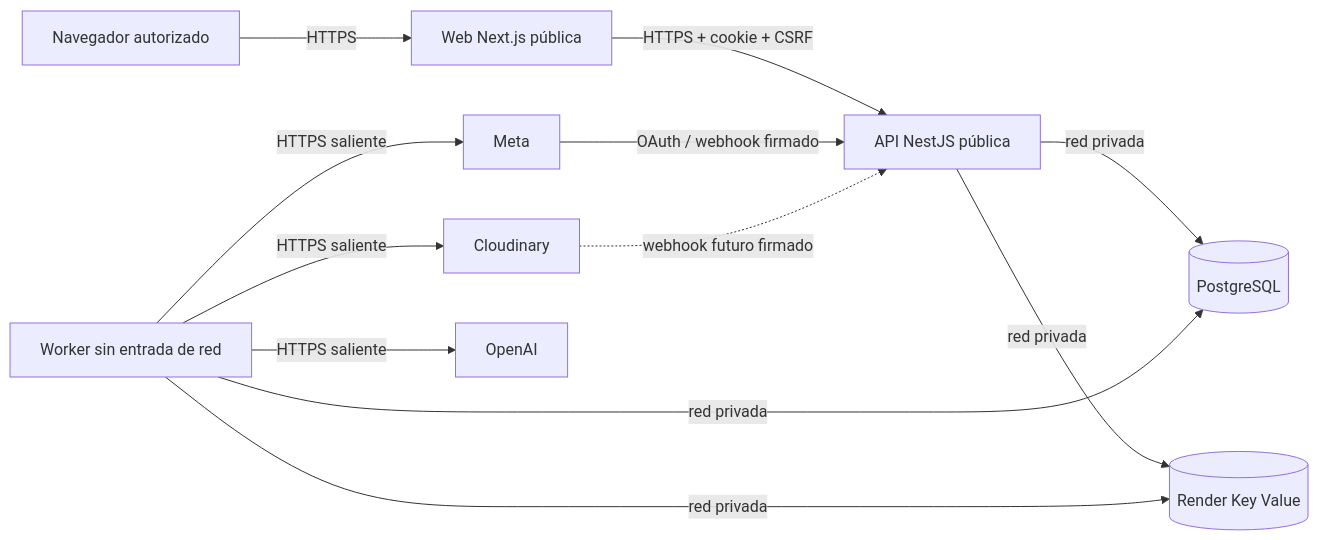
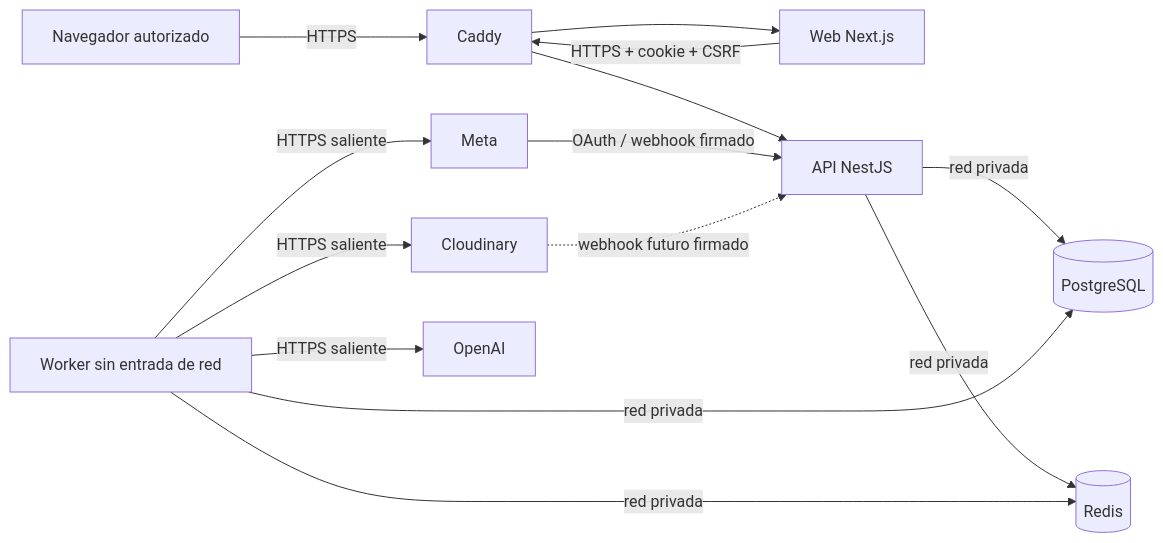
One commit to MaxiAramayo/ferreteria-generador-meta-ia changed the diagram in docs/operations/ENVIRONMENTS.md. Above: the diagram before and after it, drawn with Mermaid. The commit also changed other lines of this file and 38 other files, not shown here.

````diff
--- a/docs/operations/ENVIRONMENTS.md
+++ b/docs/operations/ENVIRONMENTS.md
@@ -7,14 +10,16 @@
 ```mermaid
 flowchart LR
-  browser["Navegador autorizado"] -->|HTTPS| web["Web Next.js pública"]
-  web -->|HTTPS + cookie + CSRF| api["API NestJS pública"]
+  browser["Navegador autorizado"] -->|HTTPS| caddy["Caddy"]
+  caddy --> web["Web Next.js"]
+  caddy --> api["API NestJS"]
+  web -->|HTTPS + cookie + CSRF| caddy
   meta["Meta"] -->|OAuth / webhook firmado| api
   cloudinary["Cloudinary"] -.->|webhook futuro firmado| api
   api -->|red privada| postgres[("PostgreSQL")]
-  api -->|red privada| queue[("Render Key Value")]
+  api -->|red privada| queue[("Redis")]
   worker["Worker sin entrada de red"] -->|red privada| postgres
   worker -->|red privada| queue
   worker -->|HTTPS saliente| openai["OpenAI"]
   worker -->|HTTPS saliente| cloudinary
   worker -->|HTTPS saliente| meta
 ```
````
